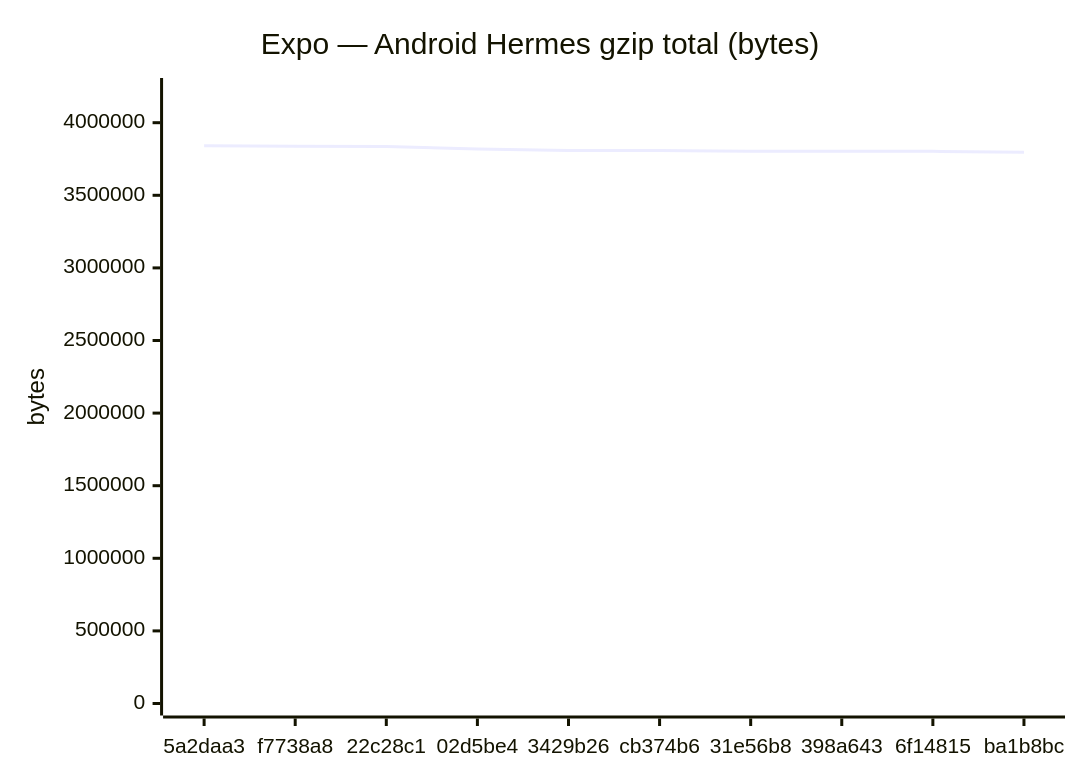
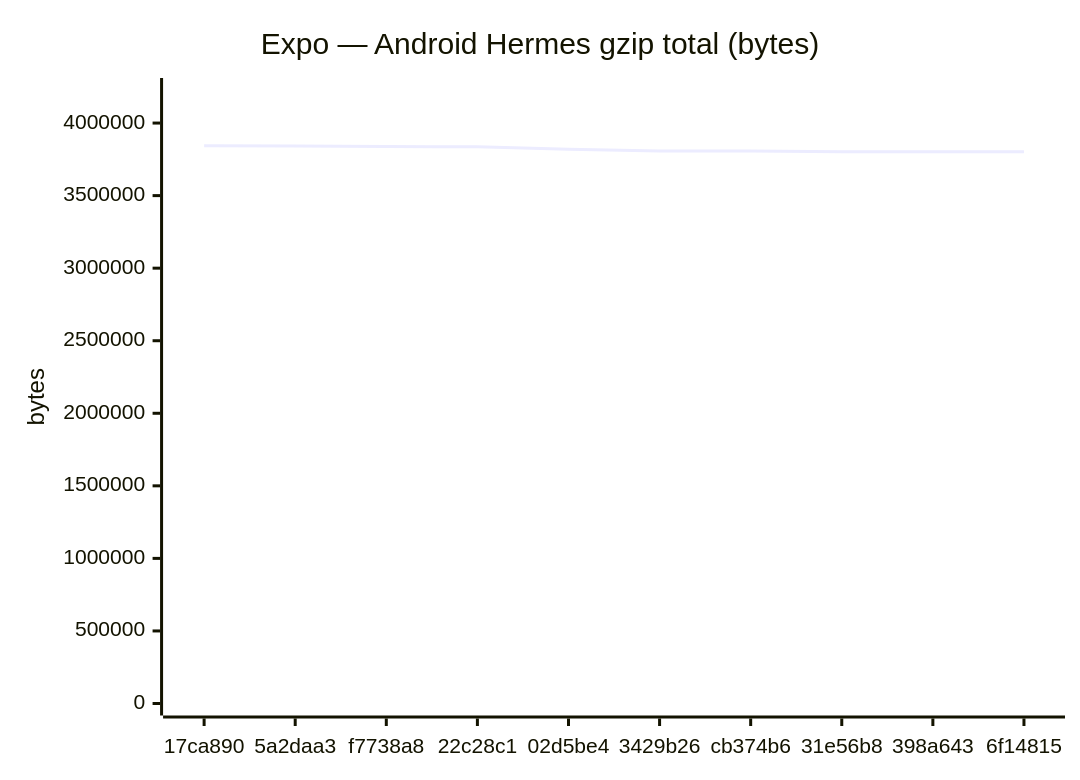
One commit to Metaheurist/Rianell changed the fifth of 18 diagrams in benchmarks/compare.md. Above: the diagram before and after it, drawn with Mermaid. The commit also changed other lines of this file and 11 other files, not shown here.

````diff
--- a/benchmarks/compare.md
+++ b/benchmarks/compare.md
@@ -89,7 +89,7 @@
 ```mermaid
 xychart-beta
     title "Expo — Android Hermes gzip total (bytes)"
-    x-axis ["5a2daa3", "f7738a8", "22c28c1", "02d5be4", "3429b26", "cb374b6", "31e56b8", "398a643", "6f14815", "ba1b8bc"]
-    y-axis "bytes" 0 --> 4225196
-    line [3841087, 3837618, 3836645, 3819535, 3807947, 3807947, 3802529, 3802528, 3802527, 3796378]
+    x-axis ["17ca890", "5a2daa3", "f7738a8", "22c28c1", "02d5be4", "3429b26", "cb374b6", "31e56b8", "398a643", "6f14815"]
+    y-axis "bytes" 0 --> 4227822
+    line [3843474, 3841087, 3837618, 3836645, 3819535, 3807947, 3807947, 3802529, 3802528, 3802527]
 ```
````
